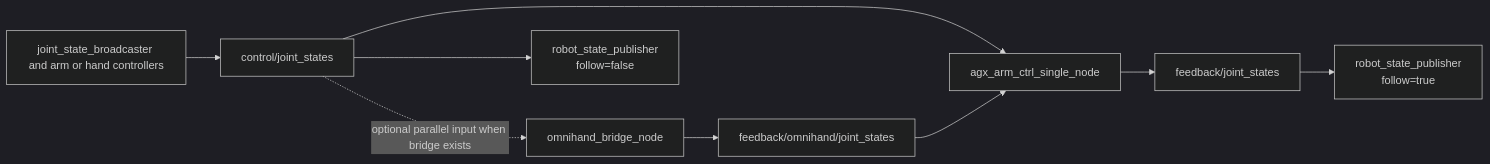
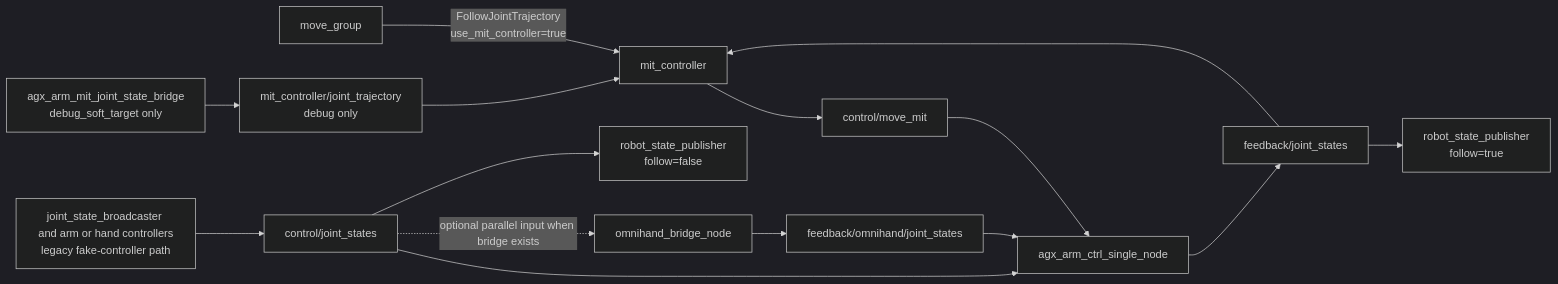
The third of 5 diagrams in docs/project/repo_interaction_diagrams.md (robyngehler/agx_arm_ros), drawn with Mermaid (dark theme) before and after one commit. The commit also changed other lines of this file and 10 other files, not shown here.

````diff
--- a/docs/project/repo_interaction_diagrams.md
+++ b/docs/project/repo_interaction_diagrams.md
@@ -117,11 +133,17 @@
 ```mermaid
 flowchart LR
-    SPAWN["joint_state_broadcaster and arm or hand controllers"] --> CJS["control/joint_states"]
+    MOVEIT["move_group"] -- "FollowJointTrajectory<br/>use_mit_controller=true" --> MIT["mit_controller"]
+    SPAWN["joint_state_broadcaster and arm or hand controllers<br/>legacy fake-controller path"] --> CJS["control/joint_states"]
     CJS --> ARMNODE["agx_arm_ctrl_single_node"]
     CJS -. optional parallel input when bridge exists .-> BRIDGENODE["omnihand_bridge_node"]
+    DBG["agx_arm_mit_joint_state_bridge<br/>debug_soft_target only"] --> DJT["mit_controller/joint_trajectory<br/>debug only"]
+    DJT --> MIT
+    MIT --> MMIT["control/move_mit"]
+    MMIT --> ARMNODE
     BRIDGENODE --> OJS["feedback/omnihand/joint_states"]
     OJS --> ARMNODE
     ARMNODE --> FJS["feedback/joint_states"]
+    FJS --> MIT
     FJS --> RSPTRUE["robot_state_publisher<br/>follow=true"]
     CJS --> RSPFALSE["robot_state_publisher<br/>follow=false"]
 ```
````
